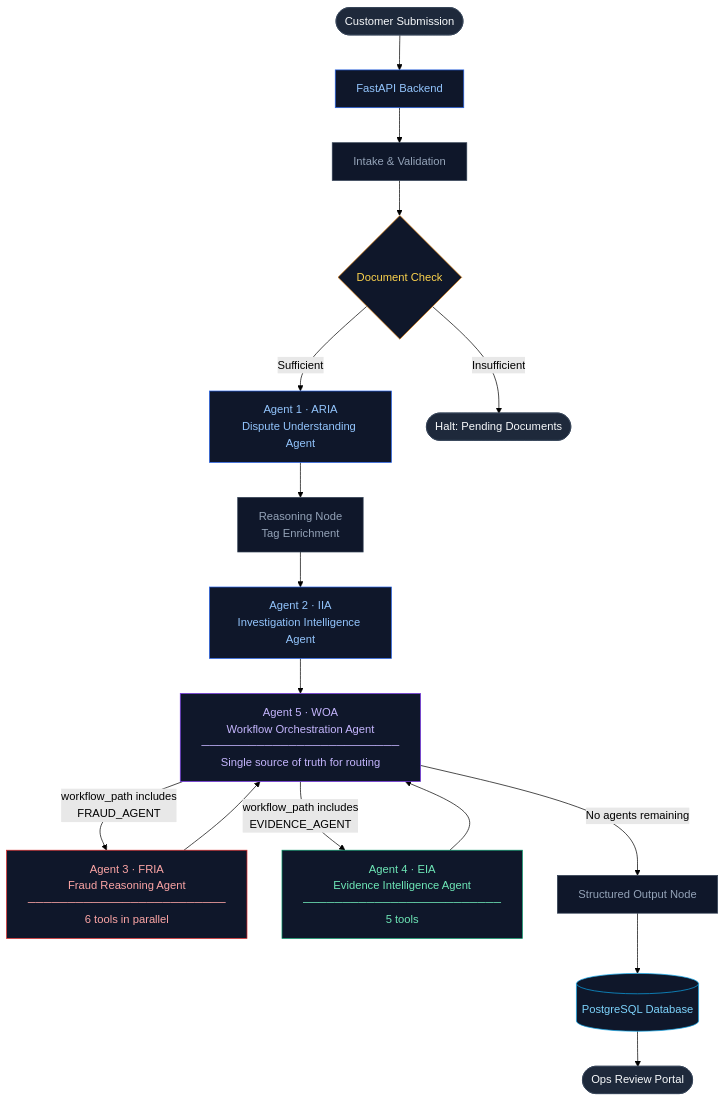
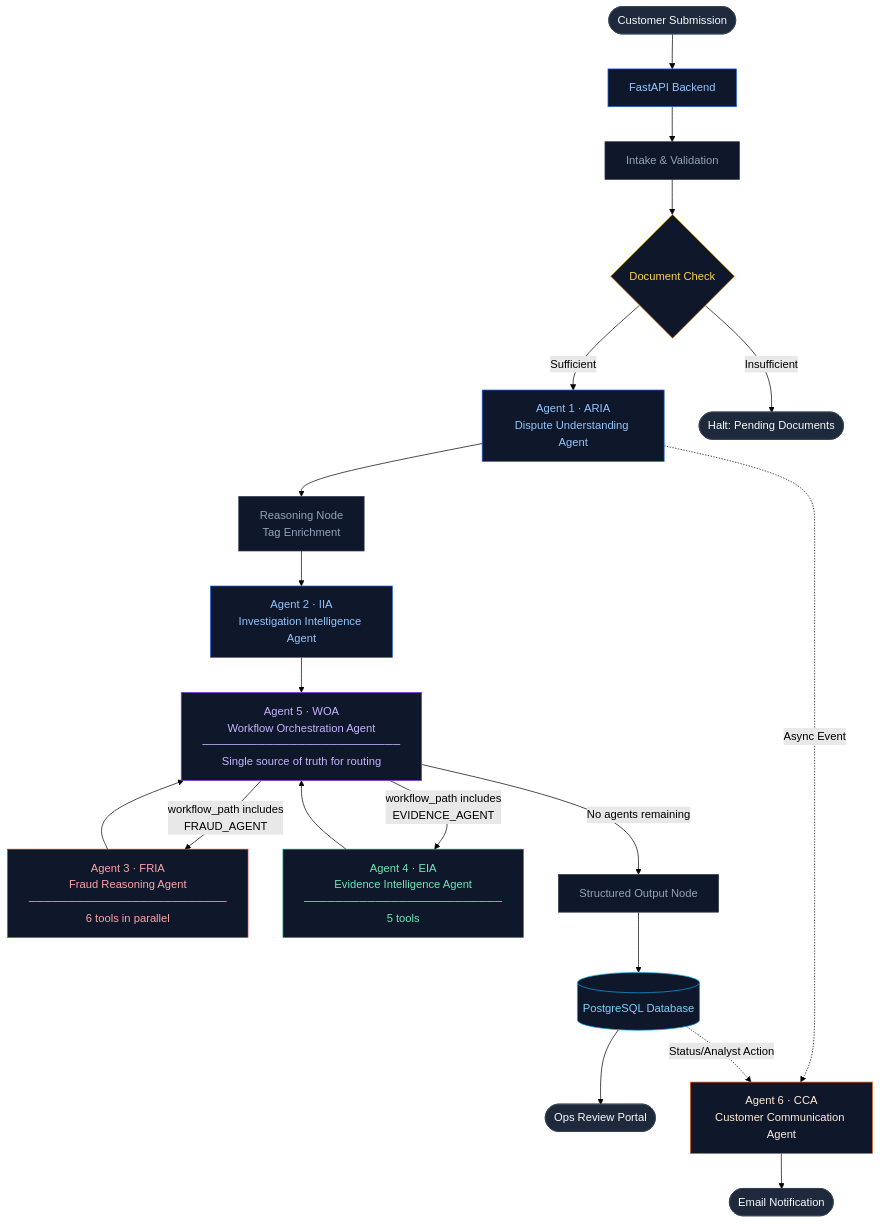
Before and after one commit to Hardikdhawan2904/ai-dispute-investigation-system: the diagram in README.md, drawn with Mermaid (forest theme). The commit also changed other lines of this file and 4 other files, not shown here.

````diff
--- a/README.md
+++ b/README.md
@@ -9,37 +9,44 @@
 ```mermaid
 graph TD
     A([Customer Submission]) --> B[FastAPI Backend]
     B --> C[Intake & Validation]
     C --> D{Document Check}
 
     D -- Sufficient --> E["Agent 1 · ARIA\nDispute Understanding Agent"]
     D -- Insufficient --> Z([Halt: Pending Documents])
 
     E --> F[Reasoning Node\nTag Enrichment]
     F --> G["Agent 2 · IIA\nInvestigation Intelligence Agent"]
     G --> H["Agent 5 · WOA\nWorkflow Orchestration Agent\n─────────────────────────\nSingle source of truth for routing"]
 
     H -- "workflow_path includes\nFRAUD_AGENT" --> I["Agent 3 · FRIA\nFraud Reasoning Agent\n─────────────────────────\n6 tools in parallel"]
     H -- "workflow_path includes\nEVIDENCE_AGENT" --> J["Agent 4 · EIA\nEvidence Intelligence Agent\n─────────────────────────\n5 tools"]
     H -- "No agents remaining" --> K[Structured Output Node]
 
     I --> H
     J --> H
     K --> L[(PostgreSQL Database)]
     L --> M([Ops Review Portal])
 
+    %% CCA triggers asynchronously on lifecycle events
+    E -. "Async Event" .-> N["Agent 6 · CCA\nCustomer Communication Agent"]
+    L -. "Status/Analyst Action" .-> N
+    N --> O([Email Notification])
+
     style A fill:#1E293B,stroke:#334155,color:#F8FAFC
     style Z fill:#1E293B,stroke:#334155,color:#F8FAFC
     style M fill:#1E293B,stroke:#334155,color:#F8FAFC
     style B fill:#0F172A,stroke:#2563EB,color:#93C5FD
     style C fill:#0F172A,stroke:#334155,color:#94A3B8
     style D fill:#0F172A,stroke:#D97706,color:#FCD34D
     style E fill:#0F172A,stroke:#2563EB,color:#93C5FD
     style F fill:#0F172A,stroke:#334155,color:#94A3B8
     style G fill:#0F172A,stroke:#2563EB,color:#93C5FD
     style H fill:#0F172A,stroke:#7C3AED,color:#C4B5FD
     style I fill:#0F172A,stroke:#DC2626,color:#FCA5A5
     style J fill:#0F172A,stroke:#059669,color:#6EE7B7
     style K fill:#0F172A,stroke:#334155,color:#94A3B8
     style L fill:#0F172A,stroke:#0EA5E9,color:#7DD3FC
+    style N fill:#0F172A,stroke:#EA580C,color:#FFEDD5
+    style O fill:#1E293B,stroke:#334155,color:#F8FAFC
 ```
````
